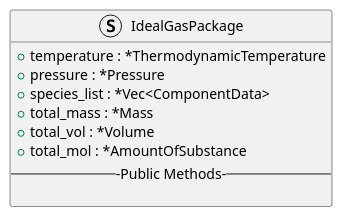
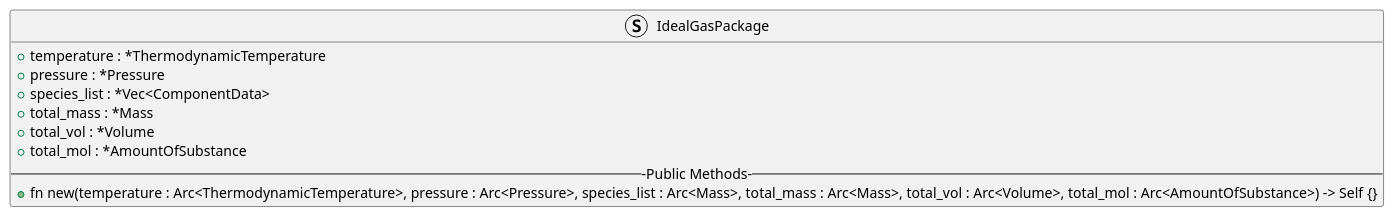
Before and after one commit to OSCPS-Project/OSCPS-UML: the diagram in thermo-module/thermo-packages/ideal-gas-package.puml, drawn with PlantUML. The commit also changed 4 other files, not shown here.

Commit message:
updating the thermo-modules class diagram

```diff
--- a/thermo-module/thermo-packages/ideal-gas-package.puml
+++ b/thermo-module/thermo-packages/ideal-gas-package.puml
@@ -1,16 +1,16 @@
 @startuml ideal_gas_package_class_design
 
 
 Struct IdealGasPackage {
   + temperature : *ThermodynamicTemperature
   + pressure : *Pressure
   + species_list : *Vec<ComponentData>
   + total_mass : *Mass
   + total_vol : *Volume
   + total_mol : *AmountOfSubstance 
   ---Public Methods---
-  
+  + fn new(temperature : Arc<ThermodynamicTemperature>, pressure : Arc<Pressure>, species_list : Arc<Mass>, total_mass : Arc<Mass>, total_vol : Arc<Volume>, total_mol : Arc<AmountOfSubstance>) -> Self {}
 }
 
 
 @enduml
```
